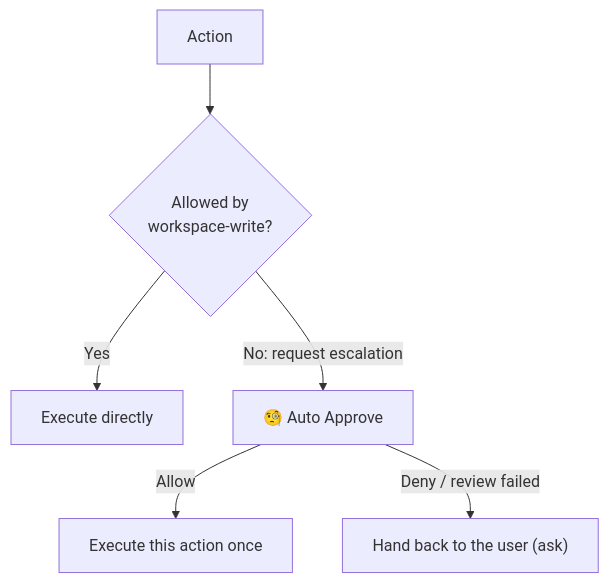
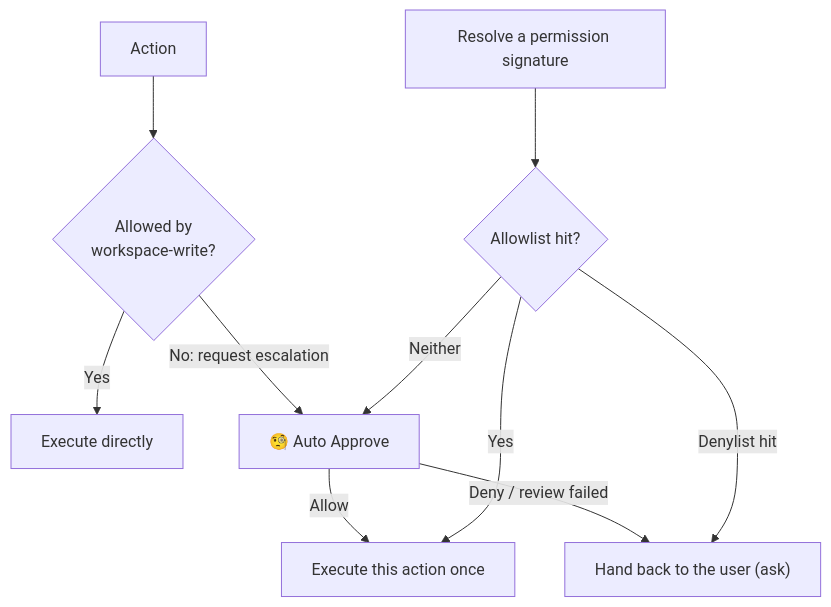
One commit to sujingkpo/dsh-auto-pass changed the diagram in README.md. Above: the diagram before and after it, drawn with Mermaid. The commit also changed other lines of this file and 13 other files, not shown here.

````diff
--- a/README.md
+++ b/README.md
@@ -21,8 +23,12 @@
 ```mermaid
 flowchart TD
     action["Action"] --> sandbox{"Allowed by<br/>workspace-write?"}
     sandbox -- Yes --> execute["Execute directly"]
     sandbox -- "No: request escalation" --> review["🧐 Auto Approve"]
     review -- Allow --> approved["Execute this action once"]
     review -- "Deny / review failed" --> deferred["Hand back to the user (ask)"]
+    exact["Resolve a permission signature"] --> lists{"Allowlist hit?"}
+    lists -- Yes --> approved
+    lists -- "Denylist hit" --> deferred
+    lists -- "Neither" --> review
 ```
````
